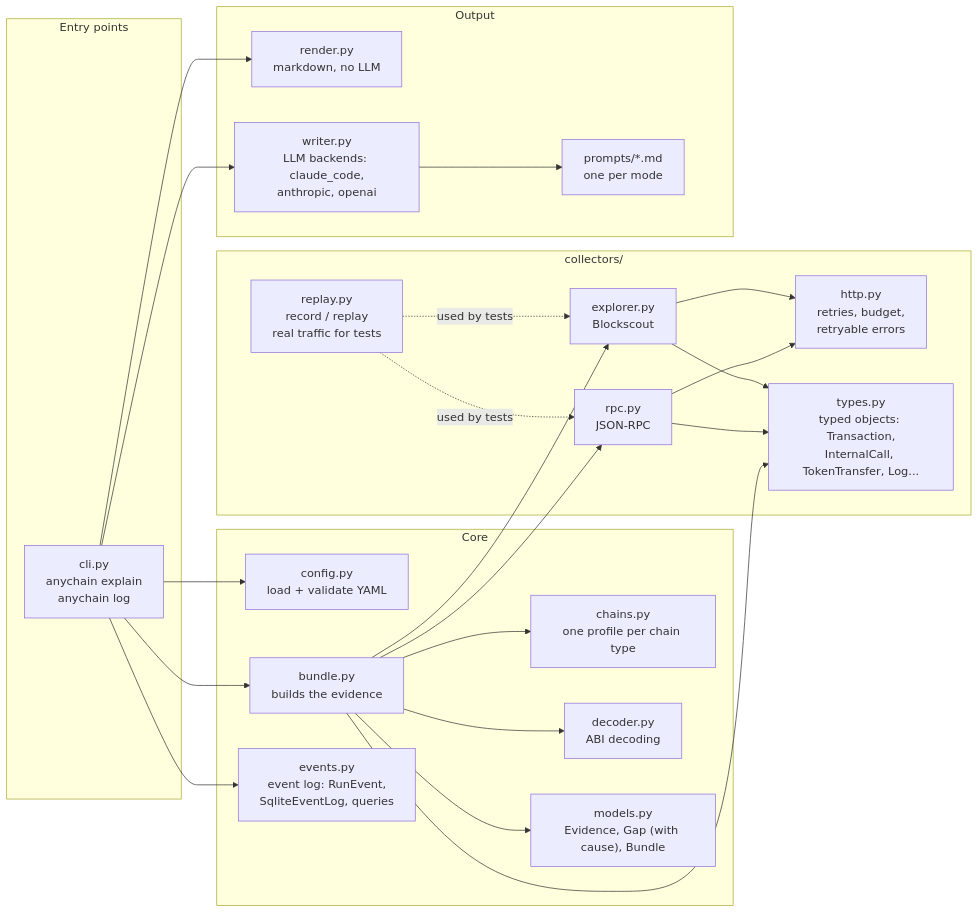
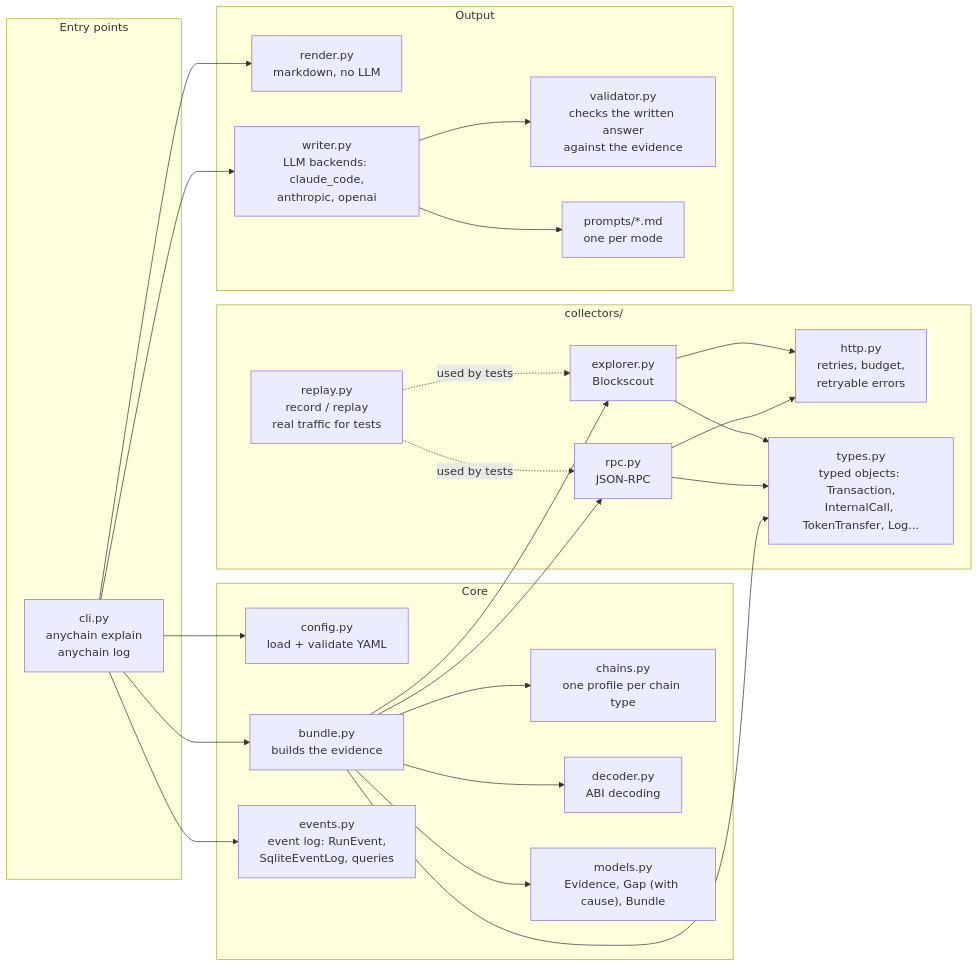
One commit to Ebaoj/anychain changed the third of 5 diagrams in docs/ARCHITECTURE.md. Above: the diagram before and after it, drawn with Mermaid. The commit also changed other lines of this file and 10 other files, not shown here.

First line of the commit message:
PHASE2 T1: the written answer is checked against the evidence before it is shown (D28)

````diff
--- a/docs/ARCHITECTURE.md
+++ b/docs/ARCHITECTURE.md
@@ -123,48 +123,50 @@
 ```mermaid
 flowchart LR
     subgraph entry["Entry points"]
         cli["cli.py<br/>anychain explain<br/>anychain log"]
     end
 
     subgraph core["Core"]
         config["config.py<br/>load + validate YAML"]
         chains["chains.py<br/>one profile per chain type"]
         bundle["bundle.py<br/>builds the evidence"]
         decoder["decoder.py<br/>ABI decoding"]
         models["models.py<br/>Evidence, Gap (with cause), Bundle"]
         events["events.py<br/>event log: RunEvent,<br/>SqliteEventLog, queries"]
     end
 
     subgraph collectors["collectors/"]
         http["http.py<br/>retries, budget,<br/>retryable errors"]
         types["types.py<br/>typed objects: Transaction,<br/>InternalCall, TokenTransfer, Log..."]
         explorer["explorer.py<br/>Blockscout"]
         rpc["rpc.py<br/>JSON-RPC"]
         replay["replay.py<br/>record / replay<br/>real traffic for tests"]
     end
 
     subgraph output["Output"]
         render["render.py<br/>markdown, no LLM"]
         writer["writer.py<br/>LLM backends: claude_code,<br/>anthropic, openai"]
+        validator["validator.py<br/>checks the written answer<br/>against the evidence"]
         prompts["prompts/*.md<br/>one per mode"]
     end
 
     cli --> config
     cli --> bundle
     cli --> render
     cli --> writer
     cli --> events
     bundle --> explorer
     bundle --> rpc
     bundle --> decoder
     bundle --> models
     bundle --> chains
     explorer --> http
     rpc --> http
     explorer --> types
     rpc --> types
     bundle --> types
     writer --> prompts
+    writer --> validator
     replay -.used by tests.-> explorer
     replay -.used by tests.-> rpc
 ```
````
